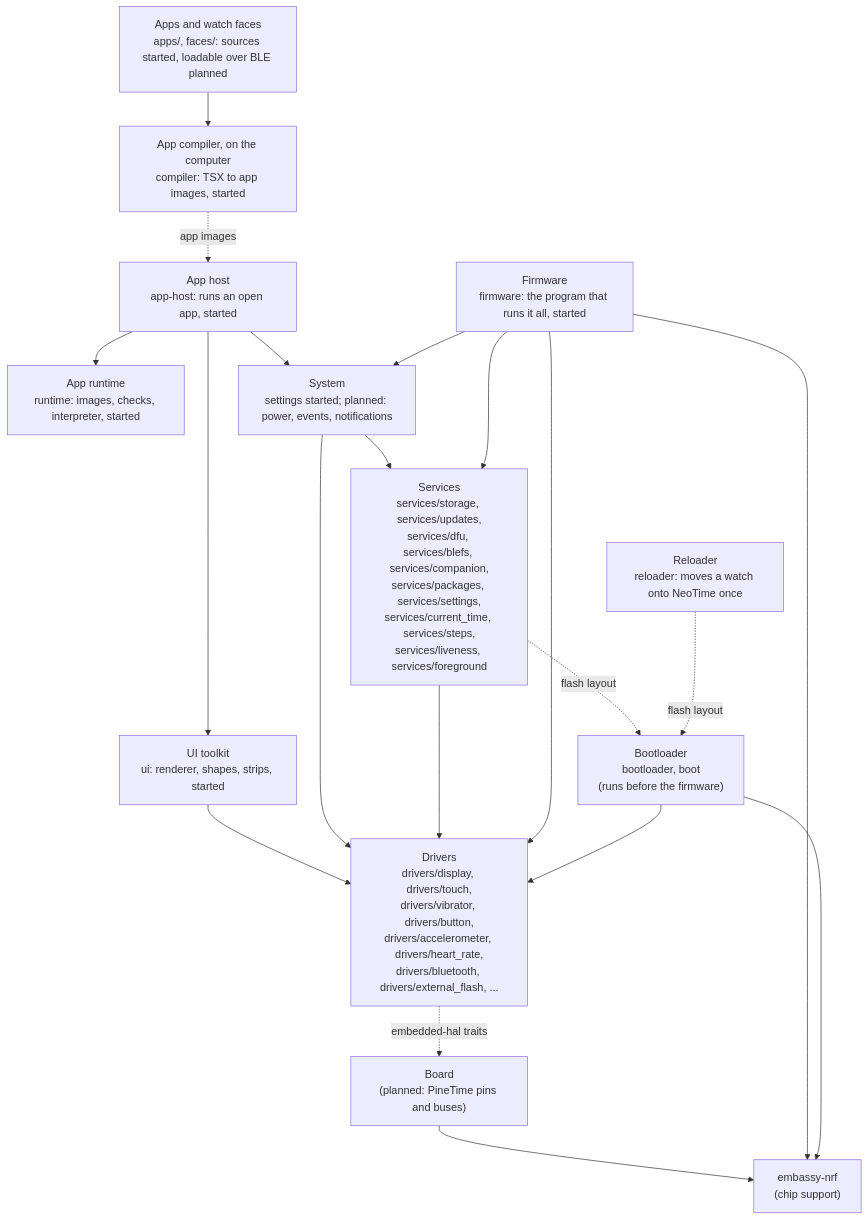
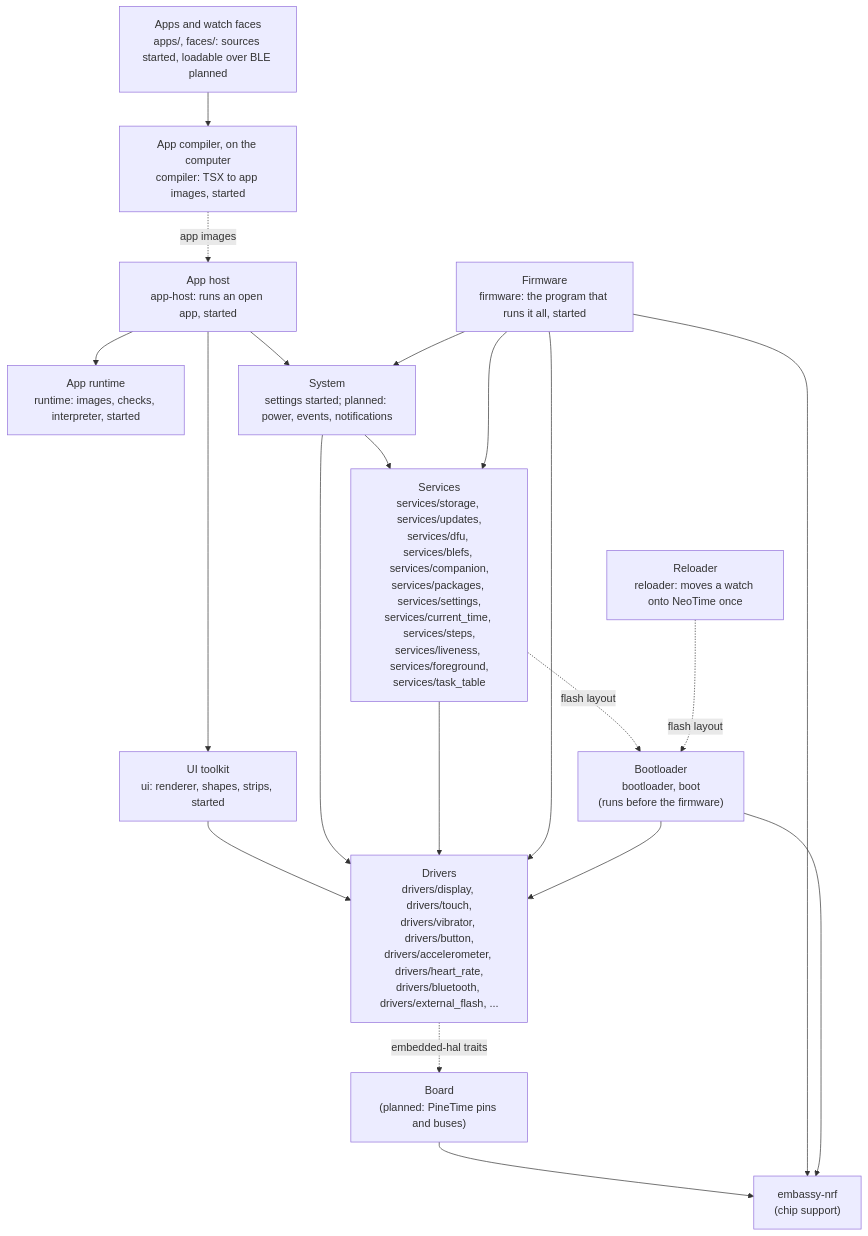
One commit to BeatLink/BattleTime changed the diagram in docs/architecture.md. Above: the diagram before and after it, drawn with Mermaid. The commit also changed other lines of this file and 70 other files, not shown here.

````diff
--- a/docs/architecture.md
+++ b/docs/architecture.md
@@ -28,38 +28,38 @@
 ```mermaid
 flowchart TB
     apps["Apps and watch faces<br/>apps/, faces/: sources started, loadable over BLE planned"]
     host["App host<br/>app-host: runs an open app, started"]
     compiler["App compiler, on the computer<br/>compiler: TSX to app images, started"]
     runtime["App runtime<br/>runtime: images, checks, interpreter, started"]
     ui["UI toolkit<br/>ui: renderer, shapes, strips, started"]
     system["System<br/>settings started; planned: power, events, notifications"]
-    services["Services<br/>services/storage, services/updates,<br/>services/dfu, services/blefs, services/companion,<br/>services/packages, services/settings,<br/>services/current_time, services/steps,<br/>services/liveness, services/foreground"]
+    services["Services<br/>services/storage, services/updates,<br/>services/dfu, services/blefs, services/companion,<br/>services/packages, services/settings,<br/>services/current_time, services/steps,<br/>services/liveness, services/foreground,<br/>services/task_table"]
     drivers["Drivers<br/>drivers/display, drivers/touch,<br/>drivers/vibrator, drivers/button,<br/>drivers/accelerometer, drivers/heart_rate,<br/>drivers/bluetooth, drivers/external_flash, ..."]
     board["Board<br/>(planned: PineTime pins and buses)"]
     hal["embassy-nrf<br/>(chip support)"]
 
     apps --> compiler
     compiler -. app images .-> host
     host --> runtime
     host --> ui
     host --> system
     ui --> drivers
     system --> services
     system --> drivers
     services --> drivers
     drivers -. embedded-hal traits .-> board
     board --> hal
 
     firmware["Firmware<br/>firmware: the program that runs it all, started"]
     firmware --> system
     firmware --> services
     firmware --> drivers
     firmware --> hal
 
     bootloader["Bootloader<br/>bootloader, boot<br/>(runs before the firmware)"]
     bootloader --> drivers
     bootloader --> hal
     services -. flash layout .-> bootloader
     reloader["Reloader<br/>reloader: moves a watch onto NeoTime once"]
     reloader -. flash layout .-> bootloader
 ```
````
